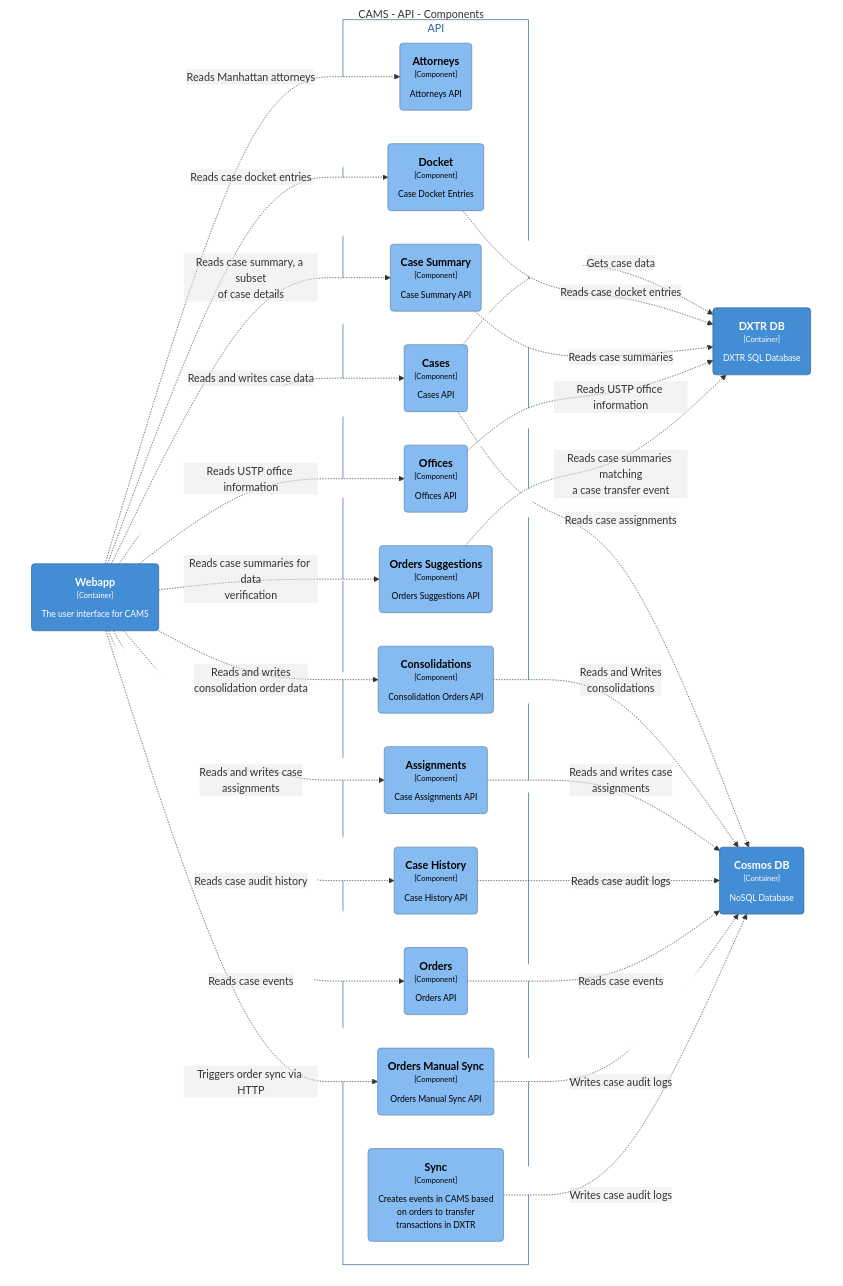
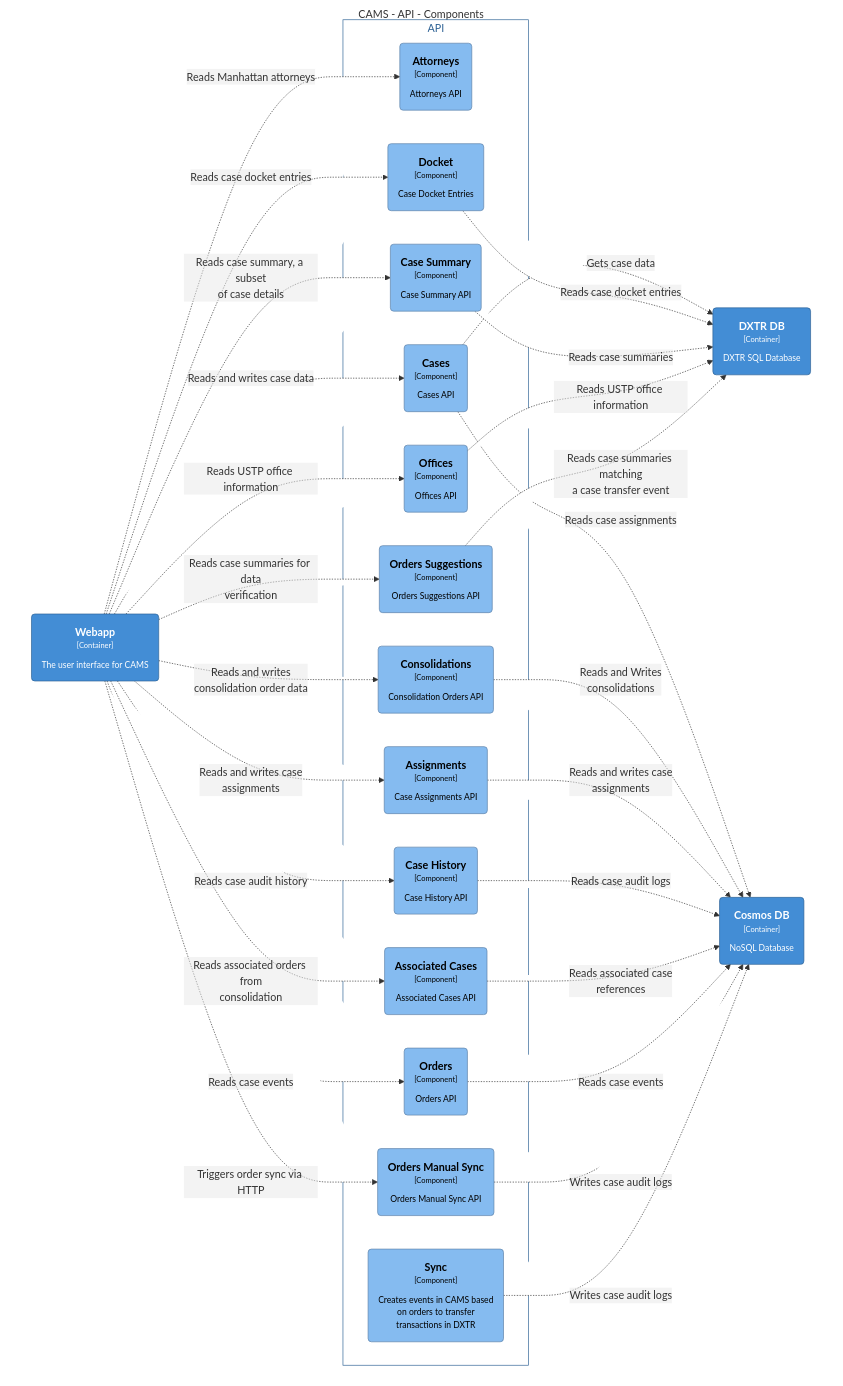
Before and after one commit to US-Trustee-Program/Bankruptcy-Oversight-Support-Systems: the diagram in docs/architecture/diagrams/cams-functions-api-components.md, drawn with Mermaid. The commit also changed 3 other files, not shown here.

First line of the commit message:
Update diagrams

````diff
--- a/docs/architecture/diagrams/cams-functions-api-components.md
+++ b/docs/architecture/diagrams/cams-functions-api-components.md
@@ -3,68 +3,72 @@
 ```mermaid
 graph TB
   linkStyle default fill:#ffffff
 
   subgraph diagram ["CAMS - API - Components"]
     style diagram fill:#ffffff,stroke:#ffffff
 
-    5("<div style='font-weight: bold'>Webapp</div><div style='font-size: 70%; margin-top: 0px'>[Container]</div><div style='font-size: 80%; margin-top:10px'>The user interface for CAMS</div>")
-    style 5 fill:#438dd5,stroke:#2e6295,color:#ffffff
-    22("<div style='font-weight: bold'>DXTR DB</div><div style='font-size: 70%; margin-top: 0px'>[Container]</div><div style='font-size: 80%; margin-top:10px'>DXTR SQL Database</div>")
-    style 22 fill:#438dd5,stroke:#2e6295,color:#ffffff
-    23("<div style='font-weight: bold'>Cosmos DB</div><div style='font-size: 70%; margin-top: 0px'>[Container]</div><div style='font-size: 80%; margin-top:10px'>NoSQL Database</div>")
-    style 23 fill:#438dd5,stroke:#2e6295,color:#ffffff
+    8("<div style='font-weight: bold'>Webapp</div><div style='font-size: 70%; margin-top: 0px'>[Container]</div><div style='font-size: 80%; margin-top:10px'>The user interface for CAMS</div>")
+    style 8 fill:#438dd5,stroke:#2e6295,color:#ffffff
+    26("<div style='font-weight: bold'>DXTR DB</div><div style='font-size: 70%; margin-top: 0px'>[Container]</div><div style='font-size: 80%; margin-top:10px'>DXTR SQL Database</div>")
+    style 26 fill:#438dd5,stroke:#2e6295,color:#ffffff
+    27("<div style='font-weight: bold'>Cosmos DB</div><div style='font-size: 70%; margin-top: 0px'>[Container]</div><div style='font-size: 80%; margin-top:10px'>NoSQL Database</div>")
+    style 27 fill:#438dd5,stroke:#2e6295,color:#ffffff
 
-    subgraph 9 [API]
-      style 9 fill:#ffffff,stroke:#2e6295,color:#2e6295
+    subgraph 12 [API]
+      style 12 fill:#ffffff,stroke:#2e6295,color:#2e6295
 
-      10("<div style='font-weight: bold'>Attorneys</div><div style='font-size: 70%; margin-top: 0px'>[Component]</div><div style='font-size: 80%; margin-top:10px'>Attorneys API</div>")
-      style 10 fill:#85bbf0,stroke:#5d82a8,color:#000000
-      11("<div style='font-weight: bold'>Cases</div><div style='font-size: 70%; margin-top: 0px'>[Component]</div><div style='font-size: 80%; margin-top:10px'>Cases API</div>")
-      style 11 fill:#85bbf0,stroke:#5d82a8,color:#000000
-      12("<div style='font-weight: bold'>Assignments</div><div style='font-size: 70%; margin-top: 0px'>[Component]</div><div style='font-size: 80%; margin-top:10px'>Case Assignments API</div>")
-      style 12 fill:#85bbf0,stroke:#5d82a8,color:#000000
-      13("<div style='font-weight: bold'>Docket</div><div style='font-size: 70%; margin-top: 0px'>[Component]</div><div style='font-size: 80%; margin-top:10px'>Case Docket Entries</div>")
+      13("<div style='font-weight: bold'>Attorneys</div><div style='font-size: 70%; margin-top: 0px'>[Component]</div><div style='font-size: 80%; margin-top:10px'>Attorneys API</div>")
       style 13 fill:#85bbf0,stroke:#5d82a8,color:#000000
-      14("<div style='font-weight: bold'>Case History</div><div style='font-size: 70%; margin-top: 0px'>[Component]</div><div style='font-size: 80%; margin-top:10px'>Case History API</div>")
+      14("<div style='font-weight: bold'>Cases</div><div style='font-size: 70%; margin-top: 0px'>[Component]</div><div style='font-size: 80%; margin-top:10px'>Cases API</div>")
       style 14 fill:#85bbf0,stroke:#5d82a8,color:#000000
-      15("<div style='font-weight: bold'>Case Summary</div><div style='font-size: 70%; margin-top: 0px'>[Component]</div><div style='font-size: 80%; margin-top:10px'>Case Summary API</div>")
+      15("<div style='font-weight: bold'>Assignments</div><div style='font-size: 70%; margin-top: 0px'>[Component]</div><div style='font-size: 80%; margin-top:10px'>Case Assignments API</div>")
       style 15 fill:#85bbf0,stroke:#5d82a8,color:#000000
-      16("<div style='font-weight: bold'>Offices</div><div style='font-size: 70%; margin-top: 0px'>[Component]</div><div style='font-size: 80%; margin-top:10px'>Offices API</div>")
+      16("<div style='font-weight: bold'>Docket</div><div style='font-size: 70%; margin-top: 0px'>[Component]</div><div style='font-size: 80%; margin-top:10px'>Case Docket Entries</div>")
       style 16 fill:#85bbf0,stroke:#5d82a8,color:#000000
-      17("<div style='font-weight: bold'>Orders</div><div style='font-size: 70%; margin-top: 0px'>[Component]</div><div style='font-size: 80%; margin-top:10px'>Orders API</div>")
+      17("<div style='font-weight: bold'>Case History</div><div style='font-size: 70%; margin-top: 0px'>[Component]</div><div style='font-size: 80%; margin-top:10px'>Case History API</div>")
       style 17 fill:#85bbf0,stroke:#5d82a8,color:#000000
-      18("<div style='font-weight: bold'>Orders Manual Sync</div><div style='font-size: 70%; margin-top: 0px'>[Component]</div><div style='font-size: 80%; margin-top:10px'>Orders Manual Sync API</div>")
+      18("<div style='font-weight: bold'>Case Summary</div><div style='font-size: 70%; margin-top: 0px'>[Component]</div><div style='font-size: 80%; margin-top:10px'>Case Summary API</div>")
       style 18 fill:#85bbf0,stroke:#5d82a8,color:#000000
-      19("<div style='font-weight: bold'>Orders Suggestions</div><div style='font-size: 70%; margin-top: 0px'>[Component]</div><div style='font-size: 80%; margin-top:10px'>Orders Suggestions API</div>")
+      19("<div style='font-weight: bold'>Offices</div><div style='font-size: 70%; margin-top: 0px'>[Component]</div><div style='font-size: 80%; margin-top:10px'>Offices API</div>")
       style 19 fill:#85bbf0,stroke:#5d82a8,color:#000000
-      20("<div style='font-weight: bold'>Sync</div><div style='font-size: 70%; margin-top: 0px'>[Component]</div><div style='font-size: 80%; margin-top:10px'>Creates events in CAMS based<br />on orders to transfer<br />transactions in DXTR</div>")
+      20("<div style='font-weight: bold'>Orders</div><div style='font-size: 70%; margin-top: 0px'>[Component]</div><div style='font-size: 80%; margin-top:10px'>Orders API</div>")
       style 20 fill:#85bbf0,stroke:#5d82a8,color:#000000
-      21("<div style='font-weight: bold'>Consolidations</div><div style='font-size: 70%; margin-top: 0px'>[Component]</div><div style='font-size: 80%; margin-top:10px'>Consolidation Orders API</div>")
+      21("<div style='font-weight: bold'>Orders Manual Sync</div><div style='font-size: 70%; margin-top: 0px'>[Component]</div><div style='font-size: 80%; margin-top:10px'>Orders Manual Sync API</div>")
       style 21 fill:#85bbf0,stroke:#5d82a8,color:#000000
+      22("<div style='font-weight: bold'>Orders Suggestions</div><div style='font-size: 70%; margin-top: 0px'>[Component]</div><div style='font-size: 80%; margin-top:10px'>Orders Suggestions API</div>")
+      style 22 fill:#85bbf0,stroke:#5d82a8,color:#000000
+      23("<div style='font-weight: bold'>Sync</div><div style='font-size: 70%; margin-top: 0px'>[Component]</div><div style='font-size: 80%; margin-top:10px'>Creates events in CAMS based<br />on orders to transfer<br />transactions in DXTR</div>")
+      style 23 fill:#85bbf0,stroke:#5d82a8,color:#000000
+      24("<div style='font-weight: bold'>Consolidations</div><div style='font-size: 70%; margin-top: 0px'>[Component]</div><div style='font-size: 80%; margin-top:10px'>Consolidation Orders API</div>")
+      style 24 fill:#85bbf0,stroke:#5d82a8,color:#000000
+      25("<div style='font-weight: bold'>Associated Cases</div><div style='font-size: 70%; margin-top: 0px'>[Component]</div><div style='font-size: 80%; margin-top:10px'>Associated Cases API</div>")
+      style 25 fill:#85bbf0,stroke:#5d82a8,color:#000000
     end
 
-    5-. "<div>Reads and writes case data</div><div style='font-size: 70%'></div>" .->11
-    5-. "<div>Reads and writes case<br />assignments</div><div style='font-size: 70%'></div>" .->12
-    5-. "<div>Reads Manhattan attorneys</div><div style='font-size: 70%'></div>" .->10
-    5-. "<div>Reads case docket entries</div><div style='font-size: 70%'></div>" .->13
-    5-. "<div>Reads case audit history</div><div style='font-size: 70%'></div>" .->14
-    5-. "<div>Reads case summary, a subset<br />of case details</div><div style='font-size: 70%'></div>" .->15
-    5-. "<div>Reads USTP office information</div><div style='font-size: 70%'></div>" .->16
-    5-. "<div>Reads case events</div><div style='font-size: 70%'></div>" .->17
-    5-. "<div>Triggers order sync via HTTP</div><div style='font-size: 70%'></div>" .->18
-    5-. "<div>Reads case summaries for data<br />verification</div><div style='font-size: 70%'></div>" .->19
-    5-. "<div>Reads and writes<br />consolidation order data</div><div style='font-size: 70%'></div>" .->21
-    11-. "<div>Gets case data</div><div style='font-size: 70%'></div>" .->22
-    11-. "<div>Reads case assignments</div><div style='font-size: 70%'></div>" .->23
-    21-. "<div>Reads and Writes<br />consolidations</div><div style='font-size: 70%'></div>" .->23
-    12-. "<div>Reads and writes case<br />assignments</div><div style='font-size: 70%'></div>" .->23
-    13-. "<div>Reads case docket entries</div><div style='font-size: 70%'></div>" .->22
-    14-. "<div>Reads case audit logs</div><div style='font-size: 70%'></div>" .->23
-    15-. "<div>Reads case summaries</div><div style='font-size: 70%'></div>" .->22
-    16-. "<div>Reads USTP office information</div><div style='font-size: 70%'></div>" .->22
-    17-. "<div>Reads case events</div><div style='font-size: 70%'></div>" .->23
-    18-. "<div>Writes case audit logs</div><div style='font-size: 70%'></div>" .->23
-    19-. "<div>Reads case summaries matching<br />a case transfer event</div><div style='font-size: 70%'></div>" .->22
-    20-. "<div>Writes case audit logs</div><div style='font-size: 70%'></div>" .->23
+    8-. "<div>Reads and writes case data</div><div style='font-size: 70%'></div>" .->14
+    8-. "<div>Reads and writes case<br />assignments</div><div style='font-size: 70%'></div>" .->15
+    8-. "<div>Reads Manhattan attorneys</div><div style='font-size: 70%'></div>" .->13
+    8-. "<div>Reads case docket entries</div><div style='font-size: 70%'></div>" .->16
+    8-. "<div>Reads case audit history</div><div style='font-size: 70%'></div>" .->17
+    8-. "<div>Reads case summary, a subset<br />of case details</div><div style='font-size: 70%'></div>" .->18
+    8-. "<div>Reads USTP office information</div><div style='font-size: 70%'></div>" .->19
+    8-. "<div>Reads case events</div><div style='font-size: 70%'></div>" .->20
+    8-. "<div>Triggers order sync via HTTP</div><div style='font-size: 70%'></div>" .->21
+    8-. "<div>Reads case summaries for data<br />verification</div><div style='font-size: 70%'></div>" .->22
+    8-. "<div>Reads and writes<br />consolidation order data</div><div style='font-size: 70%'></div>" .->24
+    8-. "<div>Reads associated orders from<br />consolidation</div><div style='font-size: 70%'></div>" .->25
+    14-. "<div>Gets case data</div><div style='font-size: 70%'></div>" .->26
+    14-. "<div>Reads case assignments</div><div style='font-size: 70%'></div>" .->27
+    24-. "<div>Reads and Writes<br />consolidations</div><div style='font-size: 70%'></div>" .->27
+    15-. "<div>Reads and writes case<br />assignments</div><div style='font-size: 70%'></div>" .->27
+    16-. "<div>Reads case docket entries</div><div style='font-size: 70%'></div>" .->26
+    17-. "<div>Reads case audit logs</div><div style='font-size: 70%'></div>" .->27
+    18-. "<div>Reads case summaries</div><div style='font-size: 70%'></div>" .->26
+    25-. "<div>Reads associated case<br />references</div><div style='font-size: 70%'></div>" .->27
+    19-. "<div>Reads USTP office information</div><div style='font-size: 70%'></div>" .->26
+    20-. "<div>Reads case events</div><div style='font-size: 70%'></div>" .->27
+    21-. "<div>Writes case audit logs</div><div style='font-size: 70%'></div>" .->27
+    22-. "<div>Reads case summaries matching<br />a case transfer event</div><div style='font-size: 70%'></div>" .->26
+    23-. "<div>Writes case audit logs</div><div style='font-size: 70%'></div>" .->27
   end
 ```
````
